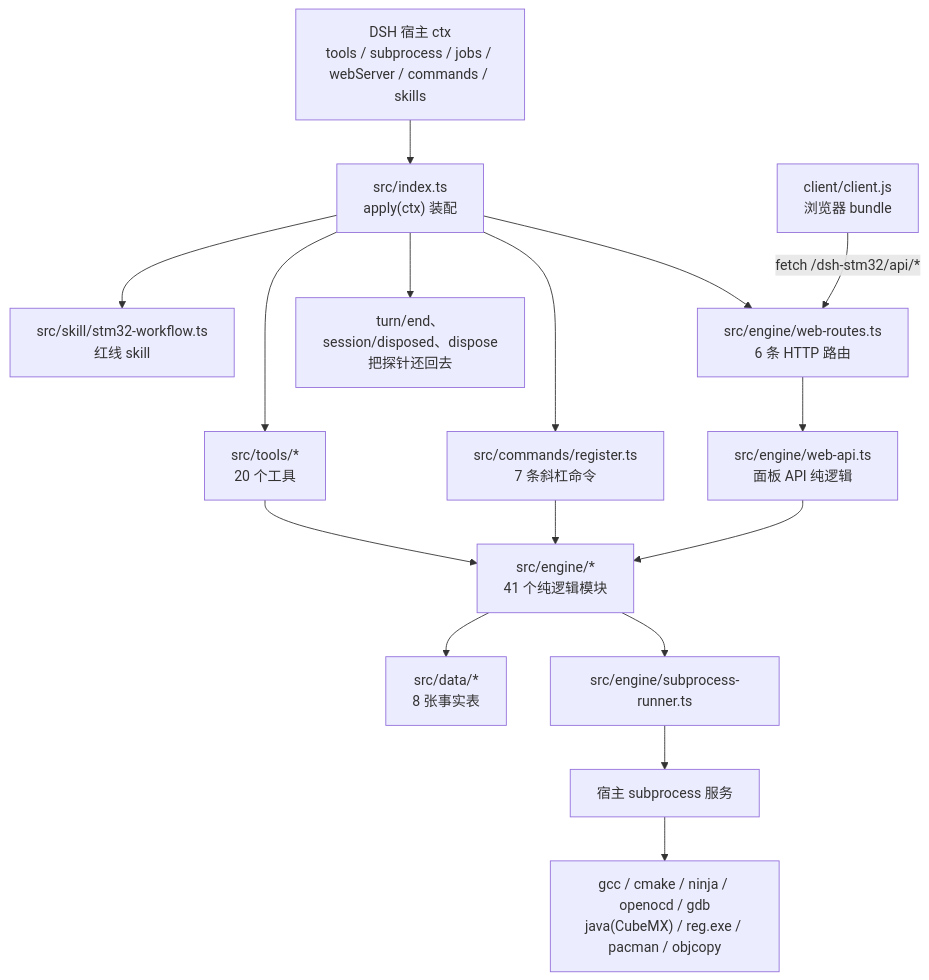
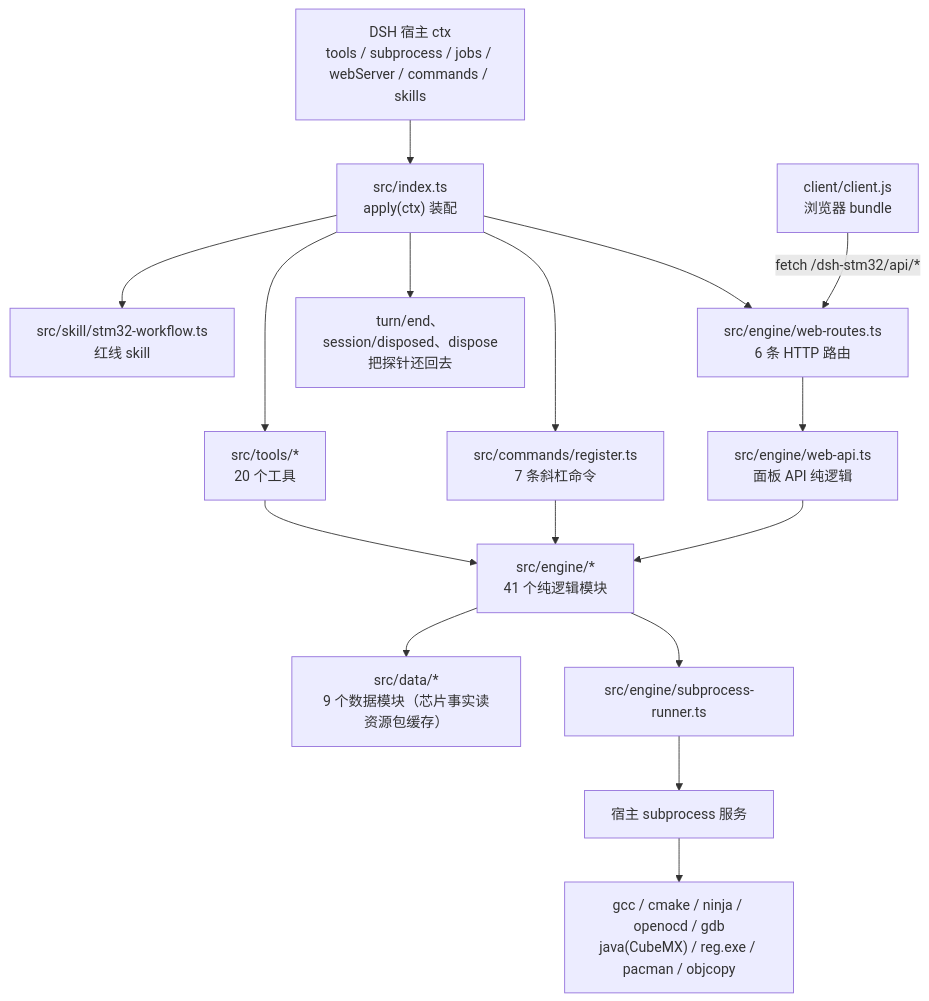
Before and after one commit to JingYu-er/dsh-stm32: the first of 15 diagrams in docs/reading-guide.md, drawn with Mermaid. The commit also changed other lines of this file and 51 other files, not shown here.

````diff
--- a/docs/reading-guide.md
+++ b/docs/reading-guide.md
@@ -44,18 +44,18 @@
 ```mermaid
 flowchart TD
   HOST["DSH 宿主 ctx<br/>tools / subprocess / jobs / webServer / commands / skills"] --> IDX["src/index.ts<br/>apply(ctx) 装配"]
   IDX --> TOOLS["src/tools/*<br/>20 个工具"]
   IDX --> CMDS["src/commands/register.ts<br/>7 条斜杠命令"]
   IDX --> SKILL["src/skill/stm32-workflow.ts<br/>红线 skill"]
   IDX --> WEB["src/engine/web-routes.ts<br/>6 条 HTTP 路由"]
   IDX --> EVT["turn/end、session/disposed、dispose<br/>把探针还回去"]
   TOOLS --> ENGINE["src/engine/*<br/>41 个纯逻辑模块"]
   CMDS --> ENGINE
   WEB --> API["src/engine/web-api.ts<br/>面板 API 纯逻辑"]
   API --> ENGINE
-  ENGINE --> DATA["src/data/*<br/>8 张事实表"]
+  ENGINE --> DATA["src/data/*<br/>9 个数据模块（芯片事实读资源包缓存）"]
   ENGINE --> RUN["src/engine/subprocess-runner.ts"]
   RUN --> OS["宿主 subprocess 服务"]
   OS --> BIN["gcc / cmake / ninja / openocd / gdb<br/>java(CubeMX) / reg.exe / pacman / objcopy"]
   CLIENT["client/client.js<br/>浏览器 bundle"] -->|"fetch /dsh-stm32/api/*"| WEB
 ```
````
